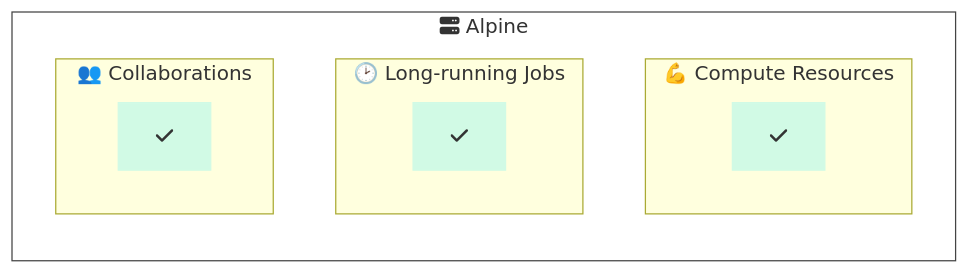
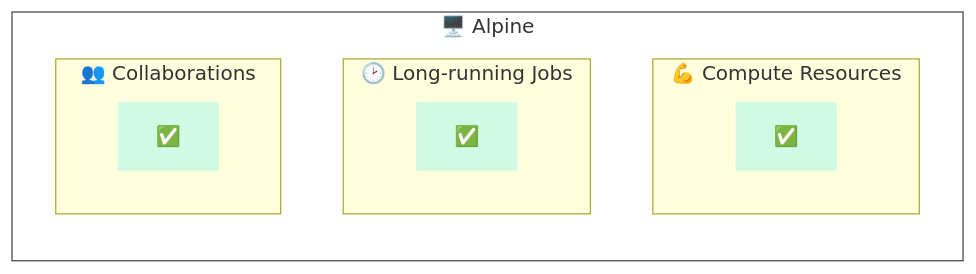
The second of 7 diagrams in README.md (CU-DBMI/example-hpc-alpine-python), drawn with Mermaid before and after one commit. The commit also changed other lines of this file, not shown here.

````diff
--- a/README.md
+++ b/README.md
@@ -46,21 +45,21 @@
 ```mermaid
 flowchart LR
-    subgraph alpine["fa:fa-server Alpine"]
+    subgraph alpine["🖥️ Alpine"]
         direction TB
         subgraph resources[" &nbsp; 💪 Compute Resources &nbsp;"]
-            check_1["fa:fa-check"]
+            check_1["✅"]
         end
         subgraph time[" &nbsp; 🕑 Long-running Jobs &nbsp;"]
-            check_2["fa:fa-check"]
+            check_2["✅"]
         end
         subgraph collaborations[" &nbsp; 👥 Collaborations &nbsp;"]
-            check_3["fa:fa-check"]
+            check_3["✅"]
         end
     end
 
 style alpine fill:#ffffff,stroke:#444444;
 style check_1 fill:#D1FAE5,stroke:#D1FAE5;
 style check_2 fill:#D1FAE5,stroke:#D1FAE5;
 style check_3 fill:#D1FAE5,stroke:#D1FAE5;
 style alpine fill:#ffffff,stroke:#444444;
 ```
````
